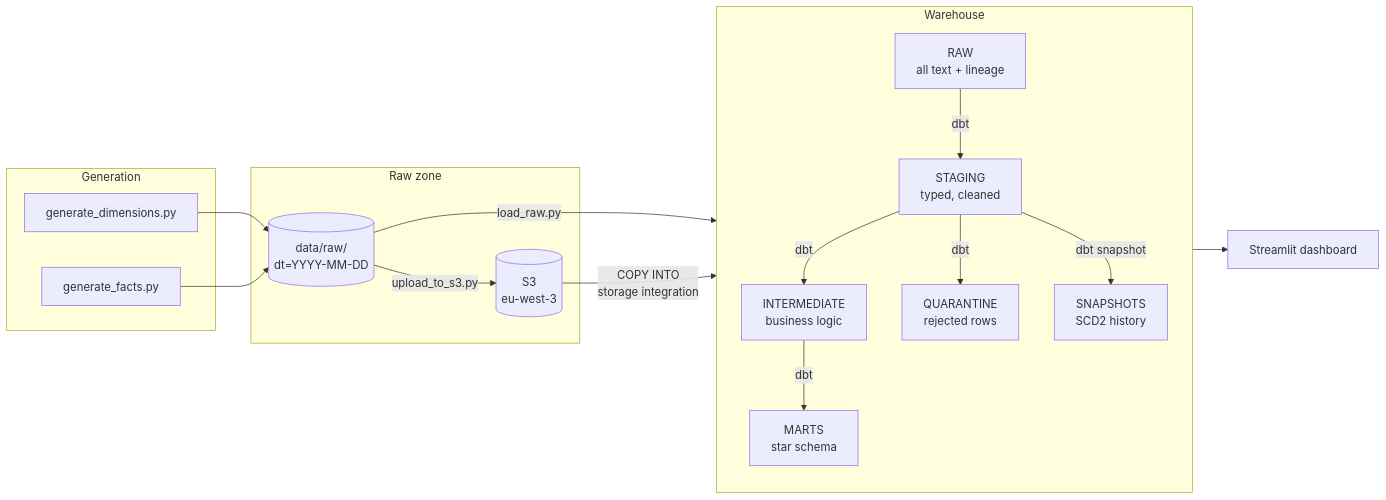
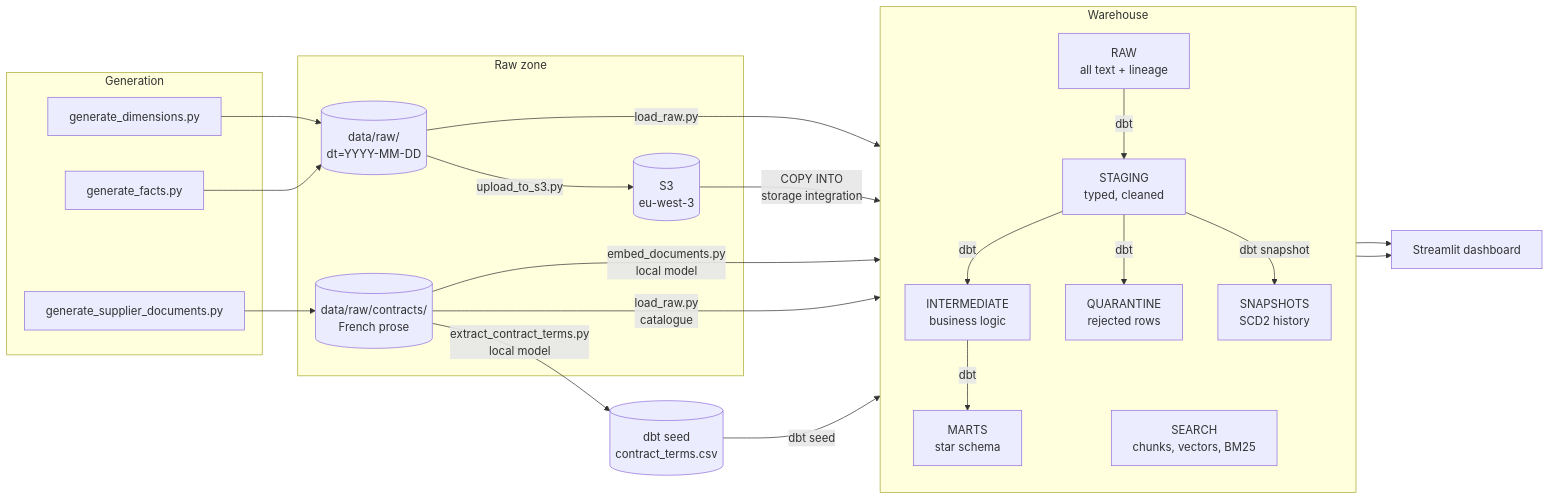
Before and after one commit to Prasanna38430/novasupply-elt-platform: the diagram in docs/architecture.md, drawn with Mermaid. The commit also changed other lines of this file and 1 other file, not shown here.

Commit message:
docs: describe the unstructured path and the contract marts

````diff
--- a/docs/architecture.md
+++ b/docs/architecture.md
@@ -5,36 +5,46 @@
 ```mermaid
 flowchart LR
     subgraph gen["Generation"]
         G1[generate_dimensions.py]
         G2[generate_facts.py]
+        G3[generate_supplier_documents.py]
     end
 
     subgraph raw["Raw zone"]
         L[("data/raw/<br/>dt=YYYY-MM-DD")]
+        C[("data/raw/contracts/<br/>French prose")]
         S3[("S3<br/>eu-west-3")]
     end
 
     subgraph wh["Warehouse"]
         direction TB
         R["RAW<br/>all text + lineage"]
         ST["STAGING<br/>typed, cleaned"]
         IN["INTERMEDIATE<br/>business logic"]
         M["MARTS<br/>star schema"]
         Q["QUARANTINE<br/>rejected rows"]
         SN["SNAPSHOTS<br/>SCD2 history"]
+        SE["SEARCH<br/>chunks, vectors, BM25"]
     end
 
+    SD[("dbt seed<br/>contract_terms.csv")]
     D[Streamlit dashboard]
 
     G1 --> L
     G2 --> L
+    G3 --> C
     L -->|upload_to_s3.py| S3
     L -->|load_raw.py| R
+    C -->|load_raw.py<br/>catalogue| R
     S3 -->|COPY INTO<br/>storage integration| R
+    C -->|embed_documents.py<br/>local model| SE
+    C -->|extract_contract_terms.py<br/>local model| SD
+    SD -->|dbt seed| ST
     R -->|dbt| ST
     ST -->|dbt| IN
     ST -->|dbt| Q
     ST -->|dbt snapshot| SN
     IN -->|dbt| M
     M --> D
+    SE --> D
 ```
````
